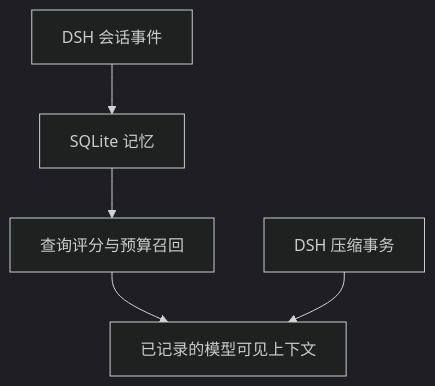
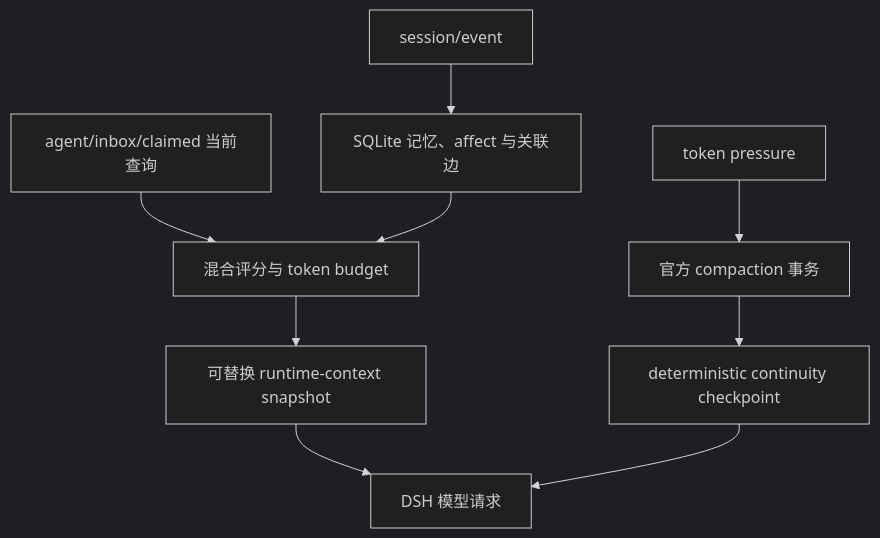
Before and after one commit to Hoshino910/REMI: the diagram in README.md, drawn with Mermaid (dark theme). The commit also changed other lines of this file and 24 other files, not shown here.

````diff
--- a/README.md
+++ b/README.md
@@ -14,7 +15,11 @@
 ```mermaid
 flowchart TD
-    A["DSH 会话事件"] --> B["SQLite 记忆"]
-    B --> C["查询评分与预算召回"]
-    C --> D["已记录的模型可见上下文"]
-    E["DSH 压缩事务"] --> D
+    A["session/event"] --> B["SQLite 记忆、affect 与关联边"]
+    C["agent/inbox/claimed 当前查询"] --> D["混合评分与 token budget"]
+    B --> D
+    D --> E["可替换 runtime-context snapshot"]
+    E --> F["DSH 模型请求"]
+    G["token pressure"] --> H["官方 compaction 事务"]
+    H --> I["deterministic continuity checkpoint"]
+    I --> F
 ```
````
